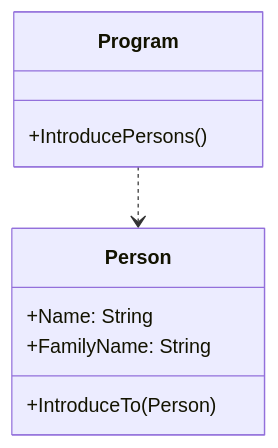
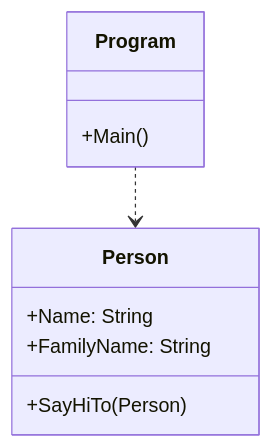
One commit to ucudal/PII_Conceptos_de_POO changed the second of 2 diagrams in Capitulos/1_Objetos_Clases_Mensajes/1_2_Desarrollo.md. Above: the diagram before and after it, drawn with Mermaid. The commit also changed other lines of this file and 1 other file, not shown here.

````diff
--- a/Capitulos/1_Objetos_Clases_Mensajes/1_2_Desarrollo.md
+++ b/Capitulos/1_Objetos_Clases_Mensajes/1_2_Desarrollo.md
@@ -489,12 +643,12 @@
 ```mermaid
 classDiagram
 class Person{
         +Name: String
         +FamilyName: String
-        +IntroduceTo(Person)
+        +SayHiTo(Person)
 }
 class Program{
-    +IntroducePersons()
+    +Main()
 }
 Program..>Person
 ```
````
